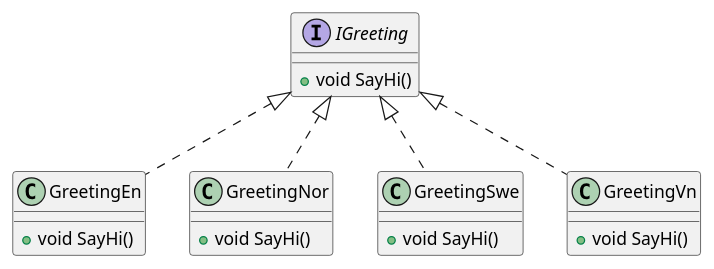
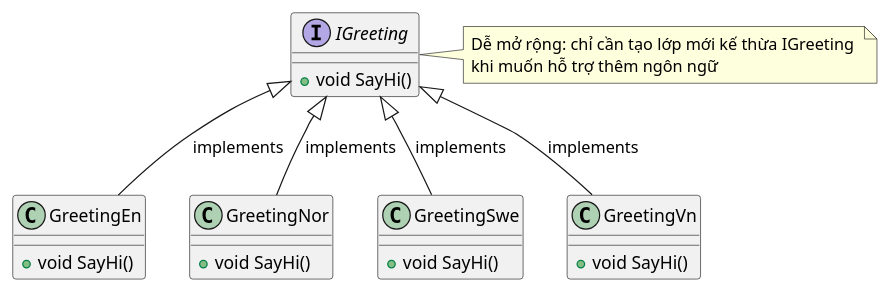
The diagram in Diagrams/Open-Closed-Solution.plantuml (longhuynhdev/solid-bad-designs), drawn with PlantUML before and after one commit. The commit also changed 27 other files, not shown here.

Commit message:
feat: Add class diagrams and solutions for Interface Segregation, Dependency-Inversion principles

```diff
--- a/Diagrams/Open-Closed-Solution.plantuml
+++ b/Diagrams/Open-Closed-Solution.plantuml
@@ -1,37 +1,34 @@
 @startuml
 
 interface IGreeting {
     +void SayHi()
 }
 
 class GreetingEn {
     +void SayHi()
 }
 
 class GreetingNor {
     +void SayHi()
 }
 
 class GreetingSwe {
     +void SayHi()
 }
 
 class GreetingVn {
     +void SayHi()
 }
 
+' Relations between classes
+IGreeting <|-- GreetingEn : implements
+IGreeting <|-- GreetingNor : implements
+IGreeting <|-- GreetingSwe : implements
+IGreeting <|-- GreetingVn : implements
 
-
-' Relations
-IGreeting <|.. GreetingEn
-IGreeting <|.. GreetingNor
-IGreeting <|.. GreetingSwe
-IGreeting <|.. GreetingVn
-
-' class Program {
-'     +{static}void Main(string[] args)
-' }
-
-' Program --> IGreeting : uses >
+note right of IGreeting
+Dễ mở rộng: chỉ cần tạo lớp mới kế thừa IGreeting 
+khi muốn hỗ trợ thêm ngôn ngữ
+endnote
 
 @enduml
```
